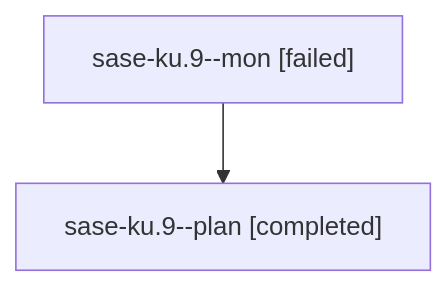
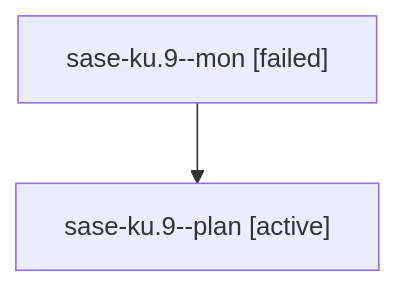
Before and after one commit to sase-org/sase--agents: the diagram in families/bbugyi200.athena.sase-ku.9.md, drawn with Mermaid. The commit also changed other lines of this file and 35830 other files, not shown here.

````diff
--- a/families/bbugyi200.athena.sase-ku.9.md
+++ b/families/bbugyi200.athena.sase-ku.9.md
@@ -9,6 +9,6 @@
 ```mermaid
 flowchart TD
   n0["sase-ku.9--mon [failed]"]
-  n1["sase-ku.9--plan [completed]"]
+  n1["sase-ku.9--plan [active]"]
   n0 --> n1
 ```
````
